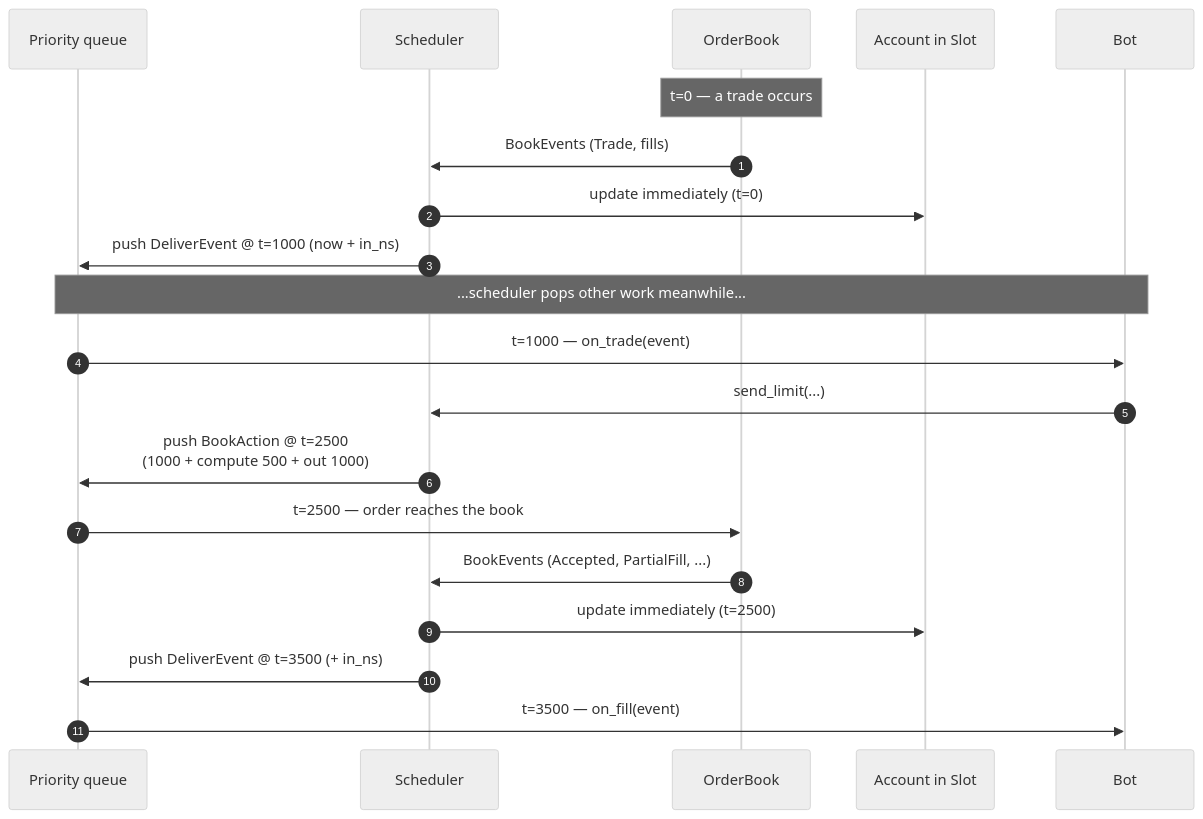
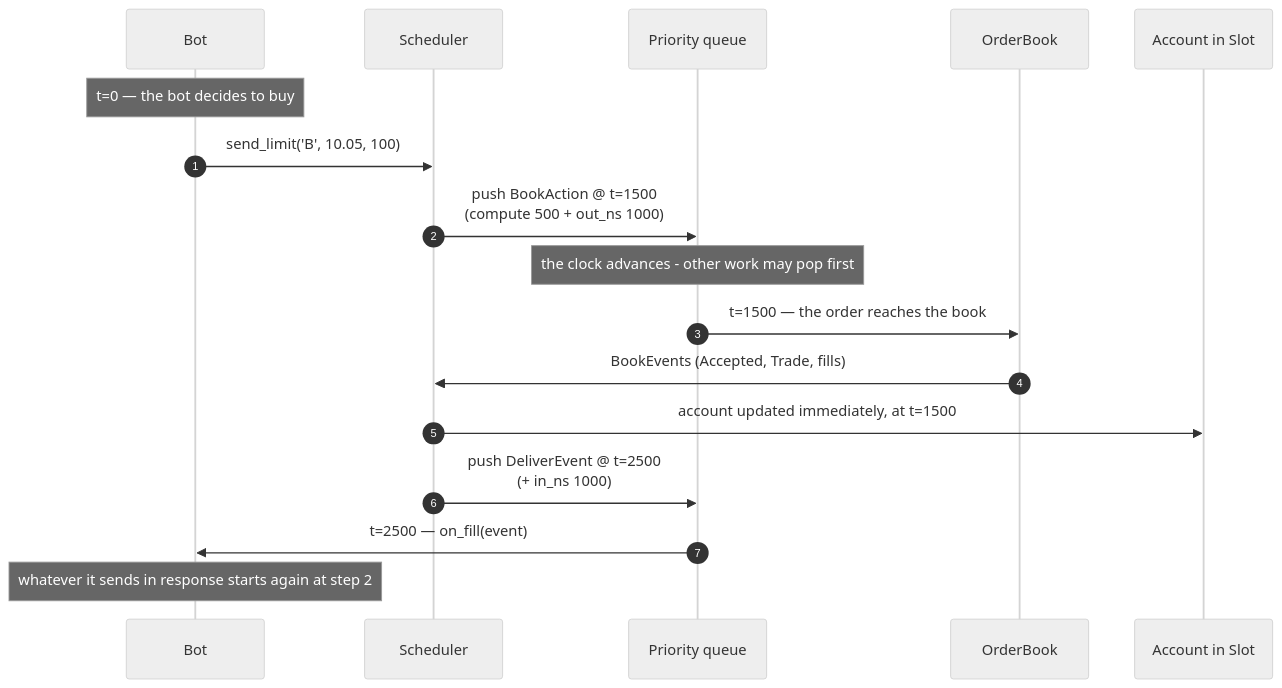
One commit to dogeatsfish/CAPTSONE-GROUP-46 changed the second of 4 diagrams in sw/docs/engine-architecture.md. Above: the diagram before and after it, drawn with Mermaid (neutral theme). The commit also changed other lines of this file, not shown here.

First line of the commit message:
Start the timing diagram at the participant, not the order book

````diff
--- a/sw/docs/engine-architecture.md
+++ b/sw/docs/engine-architecture.md
@@ -116,26 +116,22 @@
 ```mermaid
 sequenceDiagram
     autonumber
+    participant Bot as Bot
+    participant S as Scheduler
     participant Q as Priority queue
-    participant S as Scheduler
     participant B as OrderBook
     participant A as Account in Slot
-    participant Bot as Bot
 
-    Note over B: t=0 — a trade occurs
-    B->>S: BookEvents (Trade, fills)
-    S->>A: update immediately (t=0)
-    S->>Q: push DeliverEvent @ t=1000 (now + in_ns)
+    Note over Bot: t=0 — the bot decides to buy
+    Bot->>S: send_limit('B', 10.05, 100)
+    S->>Q: push BookAction @ t=1500<br/>(compute 500 + out_ns 1000)
+    Note over Q: the clock advances - other work may pop first
 
-    Note over Q,Bot: ...scheduler pops other work meanwhile...
+    Q->>B: t=1500 — the order reaches the book
+    B->>S: BookEvents (Accepted, Trade, fills)
+    S->>A: account updated immediately, at t=1500
+    S->>Q: push DeliverEvent @ t=2500<br/>(+ in_ns 1000)
 
-    Q->>Bot: t=1000 — on_trade(event)
-    Bot->>S: send_limit(...)
-    S->>Q: push BookAction @ t=2500<br/>(1000 + compute 500 + out 1000)
-
-    Q->>B: t=2500 — order reaches the book
-    B->>S: BookEvents (Accepted, PartialFill, ...)
-    S->>A: update immediately (t=2500)
-    S->>Q: push DeliverEvent @ t=3500 (+ in_ns)
-    Q->>Bot: t=3500 — on_fill(event)
+    Q->>Bot: t=2500 — on_fill(event)
+    Note over Bot: whatever it sends in response starts again at step 2
 ```
````
